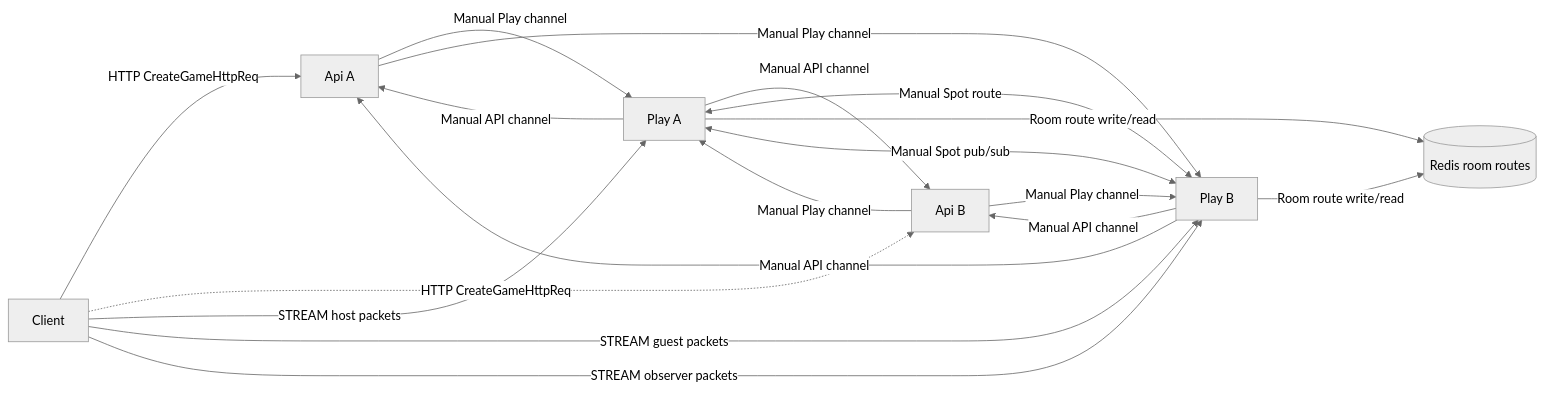
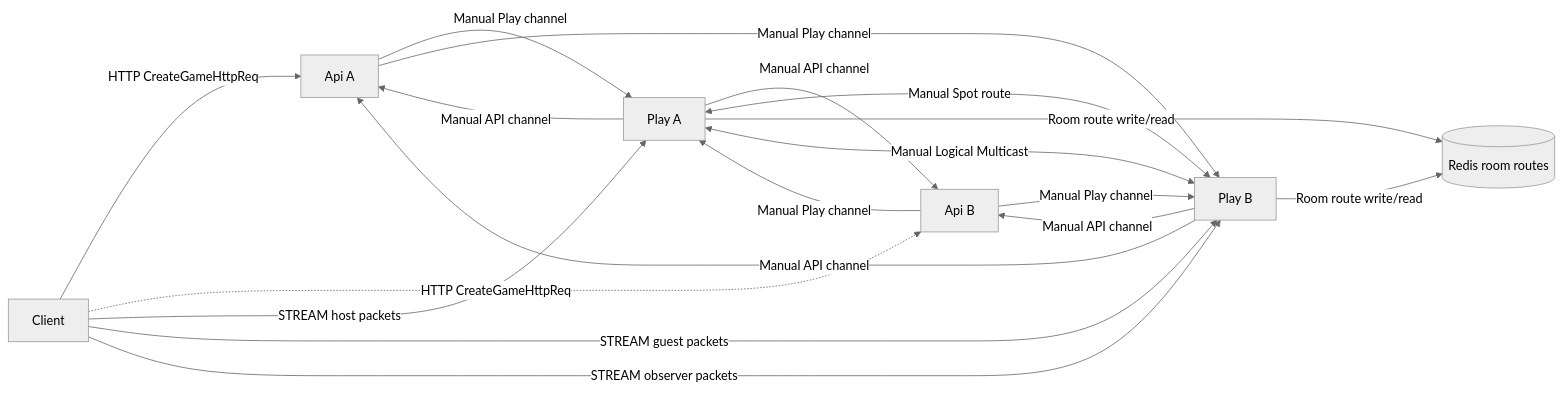
One commit to kairos-code-dev/zlink changed the first of 6 diagrams in framework/doc/framework/common/sample/tictactoe/README.ko.md. Above: the diagram before and after it, drawn with Mermaid (neutral theme). The commit also changed other lines of this file and 293 other files, not shown here.

````diff
--- a/framework/doc/framework/common/sample/tictactoe/README.ko.md
+++ b/framework/doc/framework/common/sample/tictactoe/README.ko.md
@@ -60,27 +60,27 @@
 ```mermaid
 graph LR
     C[Client]
     APIA[Api A]
     APIB[Api B]
     PLAYA[Play A]
     PLAYB[Play B]
     REDIS[(Redis room routes)]
 
     C -->|HTTP CreateGameHttpReq| APIA
     C -.->|HTTP CreateGameHttpReq| APIB
     APIA -->|Manual Play channel| PLAYA
     APIA -->|Manual Play channel| PLAYB
     APIB -->|Manual Play channel| PLAYA
     APIB -->|Manual Play channel| PLAYB
     PLAYA -->|Manual API channel| APIA
     PLAYA -->|Manual API channel| APIB
     PLAYB -->|Manual API channel| APIA
     PLAYB -->|Manual API channel| APIB
     PLAYA <-->|Manual Spot route| PLAYB
     PLAYA -->|Room route write/read| REDIS
     PLAYB -->|Room route write/read| REDIS
     C -->|STREAM host packets| PLAYA
     C -->|STREAM guest packets| PLAYB
     C -->|STREAM observer packets| PLAYB
-    PLAYA <-->|Manual Spot pub/sub| PLAYB
+    PLAYA <-->|Manual Logical Multicast| PLAYB
 ```
````
